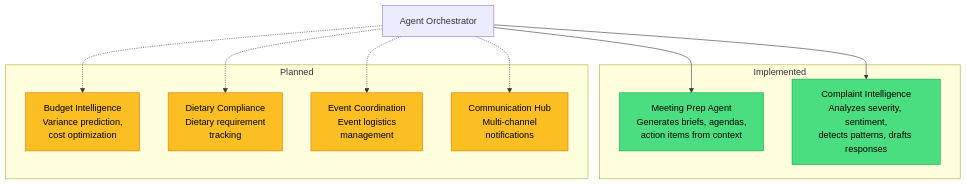
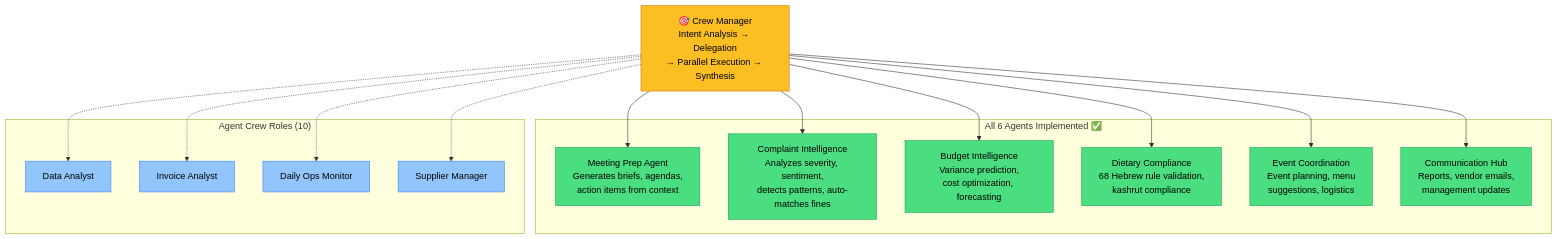
Before and after one commit to Ziv1972/Catering-services-ai-pro: the fourth of 8 diagrams in README.md, drawn with Mermaid. The commit also changed other lines of this file and 1 other file, not shown here.

First line of the commit message:
docs: update CLAUDE.md + README.md with agent crew, fine intelligence

````diff
--- a/README.md
+++ b/README.md
@@ -231,30 +240,43 @@
 ```mermaid
 graph TD
-    ORCH[Agent Orchestrator]
+    CM["🎯 Crew Manager<br/>Intent Analysis → Delegation<br/>→ Parallel Execution → Synthesis"]
 
-    subgraph Complete["Implemented"]
+    subgraph Agents["All 6 Agents Implemented ✅"]
         MP["Meeting Prep Agent<br/>Generates briefs, agendas,<br/>action items from context"]
-        CI["Complaint Intelligence<br/>Analyzes severity, sentiment,<br/>detects patterns, drafts responses"]
+        CI["Complaint Intelligence<br/>Analyzes severity, sentiment,<br/>detects patterns, auto-matches fines"]
+        BI["Budget Intelligence<br/>Variance prediction,<br/>cost optimization, forecasting"]
+        DC["Dietary Compliance<br/>68 Hebrew rule validation,<br/>kashrut compliance"]
+        EC["Event Coordination<br/>Event planning, menu<br/>suggestions, logistics"]
+        CH["Communication Hub<br/>Reports, vendor emails,<br/>management updates"]
     end
 
-    subgraph Planned["Planned"]
-        BI["Budget Intelligence<br/>Variance prediction,<br/>cost optimization"]
-        DC["Dietary Compliance<br/>Dietary requirement<br/>tracking"]
-        EC["Event Coordination<br/>Event logistics<br/>management"]
-        CH["Communication Hub<br/>Multi-channel<br/>notifications"]
+    subgraph Crew["Agent Crew Roles (10)"]
+        DA["Data Analyst"]
+        IA["Invoice Analyst"]
+        DOM["Daily Ops Monitor"]
+        SM["Supplier Manager"]
     end
 
-    ORCH --> MP
-    ORCH --> CI
-    ORCH -.-> BI
-    ORCH -.-> DC
-    ORCH -.-> EC
-    ORCH -.-> CH
+    CM --> MP
+    CM --> CI
+    CM --> BI
+    CM --> DC
+    CM --> EC
+    CM --> CH
+    CM -.-> DA
+    CM -.-> IA
+    CM -.-> DOM
+    CM -.-> SM
 
     style MP fill:#4ade80,stroke:#16a34a,color:#000
     style CI fill:#4ade80,stroke:#16a34a,color:#000
-    style BI fill:#fbbf24,stroke:#d97706,color:#000
-    style DC fill:#fbbf24,stroke:#d97706,color:#000
-    style EC fill:#fbbf24,stroke:#d97706,color:#000
-    style CH fill:#fbbf24,stroke:#d97706,color:#000
+    style BI fill:#4ade80,stroke:#16a34a,color:#000
+    style DC fill:#4ade80,stroke:#16a34a,color:#000
+    style EC fill:#4ade80,stroke:#16a34a,color:#000
+    style CH fill:#4ade80,stroke:#16a34a,color:#000
+    style DA fill:#93c5fd,stroke:#3b82f6,color:#000
+    style IA fill:#93c5fd,stroke:#3b82f6,color:#000
+    style DOM fill:#93c5fd,stroke:#3b82f6,color:#000
+    style SM fill:#93c5fd,stroke:#3b82f6,color:#000
+    style CM fill:#fbbf24,stroke:#d97706,color:#000
 ```
````
